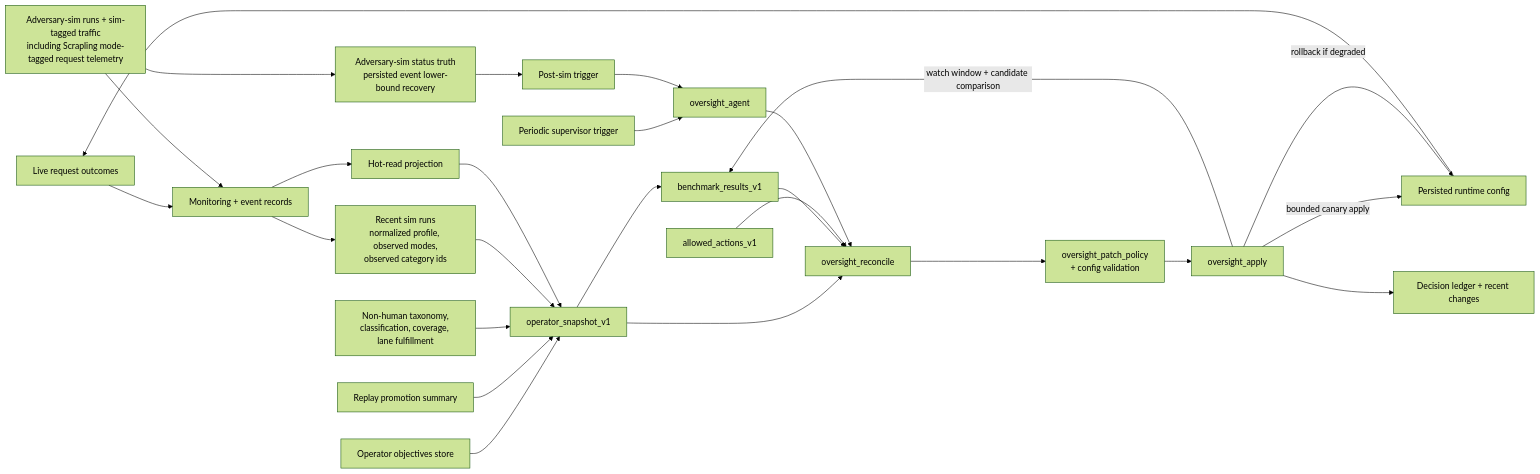
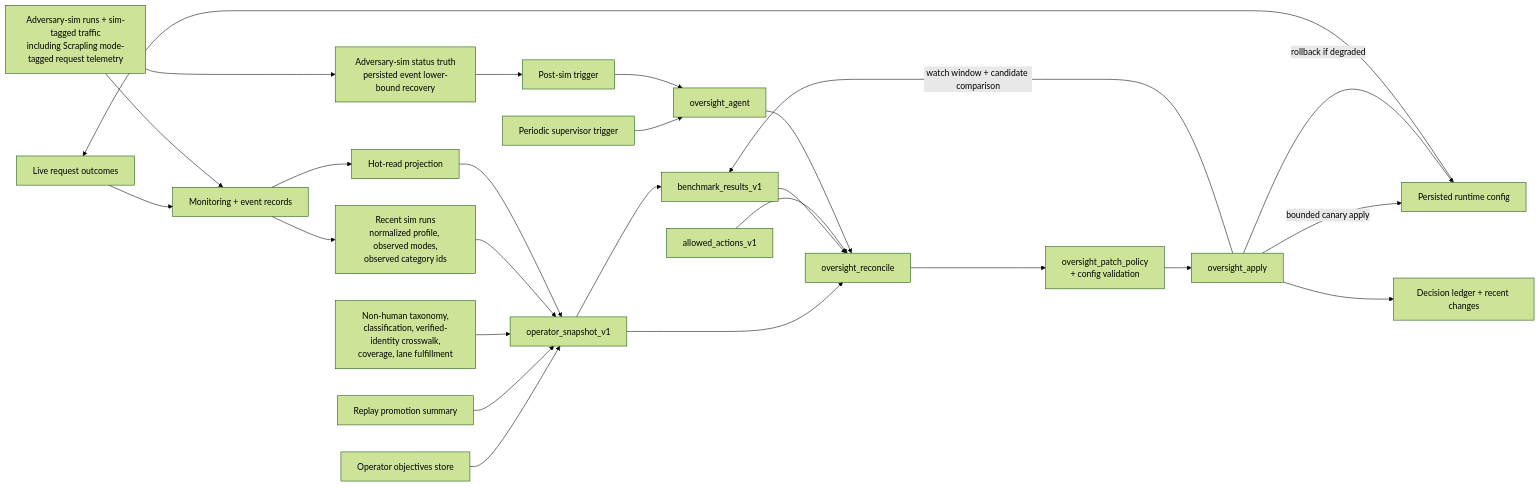
Before and after one commit to atomless/Shuma-Gorath: the third of 3 diagrams in docs/current-system-architecture.md, drawn with Mermaid (forest theme). The commit also changed other lines of this file and 3 other files, not shown here.

````diff
--- a/docs/current-system-architecture.md
+++ b/docs/current-system-architecture.md
@@ -102,34 +111,34 @@
 ```mermaid
 flowchart LR
   Live["Live request outcomes"] --> Mon["Monitoring + event records"]
   Sim["Adversary-sim runs + sim-tagged traffic<br/>including Scrapling mode-tagged request telemetry"] --> Mon
   Sim --> SimStatus["Adversary-sim status truth<br/>persisted event lower-bound recovery"]
 
   Mon --> HotRead["Hot-read projection"]
   Mon --> RecentRuns["Recent sim runs<br/>normalized profile, observed modes,<br/>observed category ids"]
   Objectives["Operator objectives store"] --> Snapshot["operator_snapshot_v1"]
   Replay["Replay promotion summary"] --> Snapshot
-  Taxonomy["Non-human taxonomy,<br/>classification, coverage, lane fulfillment"] --> Snapshot
+  Taxonomy["Non-human taxonomy,<br/>classification, verified-identity crosswalk,<br/>coverage, lane fulfillment"] --> Snapshot
   RecentRuns --> Snapshot
   HotRead --> Snapshot
 
   Snapshot --> Bench["benchmark_results_v1"]
   Snapshot --> Reconcile["oversight_reconcile"]
   Bench --> Reconcile
   Allowed["allowed_actions_v1"] --> Reconcile
 
   Periodic["Periodic supervisor trigger"] --> Agent["oversight_agent"]
   PostSim["Post-sim trigger"] --> Agent
   SimStatus --> PostSim
   Agent --> Reconcile
 
   Reconcile --> Patch["oversight_patch_policy<br/>+ config validation"]
   Patch --> Apply["oversight_apply"]
 
   Apply -->|"bounded canary apply"| ConfigState["Persisted runtime config"]
   Apply -->|"watch window + candidate comparison"| Bench
   Apply -->|"rollback if degraded"| ConfigState
 
   Apply --> Ledger["Decision ledger + recent changes"]
   ConfigState --> Live
 ```
````
